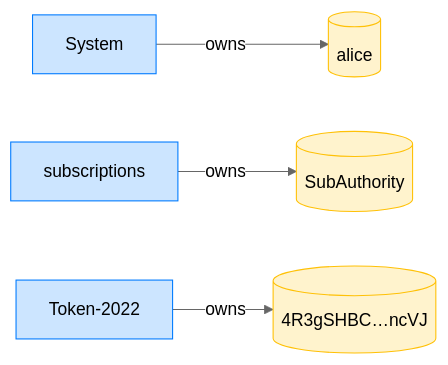
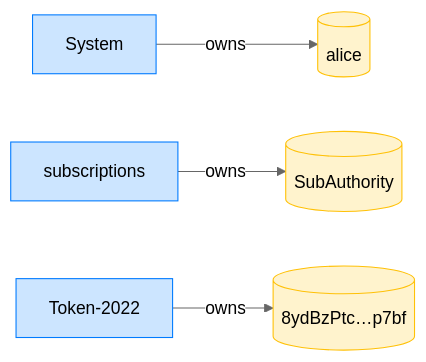
One commit to cds-rs/subscriptions changed the fourth of 12 diagrams in dsl_tests/recurring-transfer-over-a-token-2022-transfer-fee-mint.md. Above: the diagram before and after it, drawn with Mermaid (neutral theme). The commit also changed other lines of this file and 224 other files, not shown here.

````diff
--- a/dsl_tests/recurring-transfer-over-a-token-2022-transfer-fee-mint.md
+++ b/dsl_tests/recurring-transfer-over-a-token-2022-transfer-fee-mint.md
@@ -73,14 +78,14 @@
 ```mermaid
 flowchart LR
     classDef owner fill:#cce5ff,stroke:#007bff;
     classDef account fill:#fff3cd,stroke:#ffc107;
     System[System]:::owner
     alice[(alice)]:::account
     subscriptions[subscriptions]:::owner
     SubAuthority[(SubAuthority)]:::account
     Token_2022["Token-2022"]:::owner
-    4R3gSHBC_ncVJ[("4R3gSHBC…ncVJ")]:::account
+    8ydBzPtc_p7bf[("8ydBzPtc…p7bf")]:::account
     System -->|owns| alice
     subscriptions -->|owns| SubAuthority
-    Token_2022 -->|owns| 4R3gSHBC_ncVJ
+    Token_2022 -->|owns| 8ydBzPtc_p7bf
 ```
````
